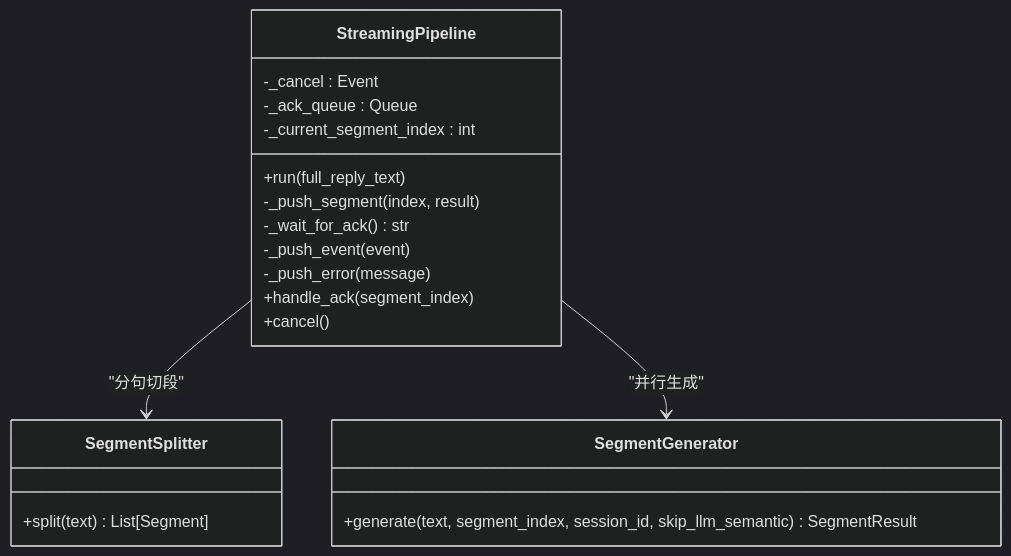
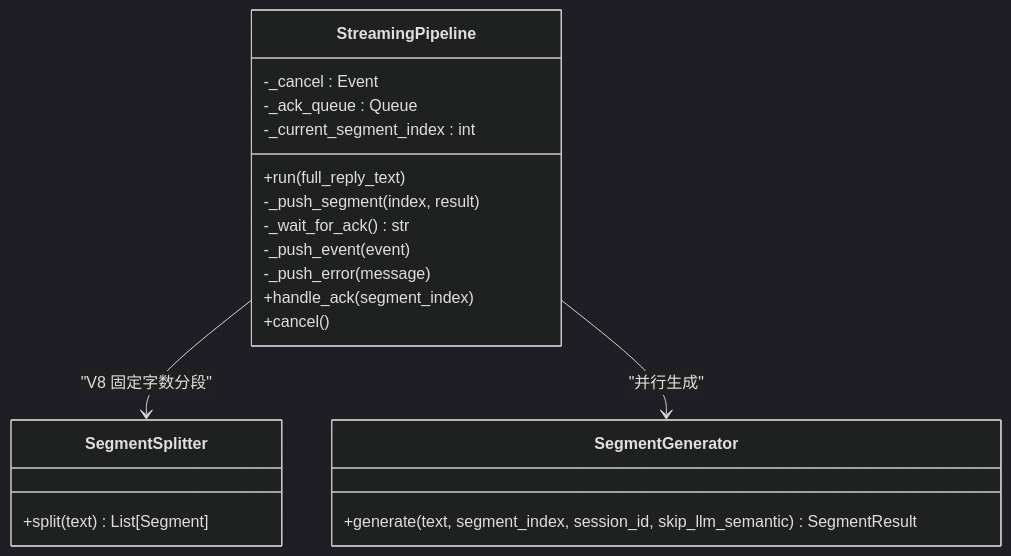
The fourth of 10 diagrams in .qoder/repowiki/zh/content/后端服务/流式处理管道/流式处理管道.md (leo21cn/real-time-talk), drawn with Mermaid (dark theme) before and after one commit. The commit also changed other lines of this file and 9 other files, not shown here.

````diff
--- a/.qoder/repowiki/zh/content/后端服务/流式处理管道/流式处理管道.md
+++ b/.qoder/repowiki/zh/content/后端服务/流式处理管道/流式处理管道.md
@@ -213,23 +230,23 @@
 ```mermaid
 classDiagram
 class StreamingPipeline {
 +run(full_reply_text)
 -_push_segment(index, result)
 -_wait_for_ack() str
 -_push_event(event)
 -_push_error(message)
 +handle_ack(segment_index)
 +cancel()
 -_cancel : Event
 -_ack_queue : Queue
 -_current_segment_index : int
 }
 class SegmentGenerator {
 +generate(text, segment_index, session_id, skip_llm_semantic) SegmentResult
 }
 class SegmentSplitter {
 +split(text) List[Segment]
 }
-StreamingPipeline --> SegmentSplitter : "分句切段"
+StreamingPipeline --> SegmentSplitter : "V8 固定字数分段"
 StreamingPipeline --> SegmentGenerator : "并行生成"
 ```
````
